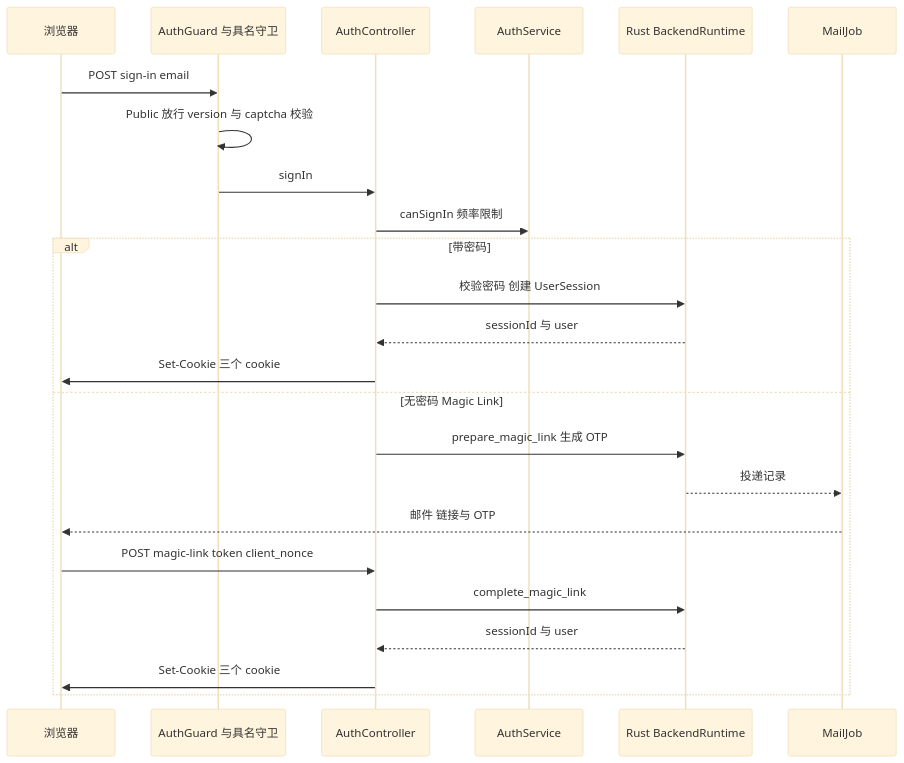
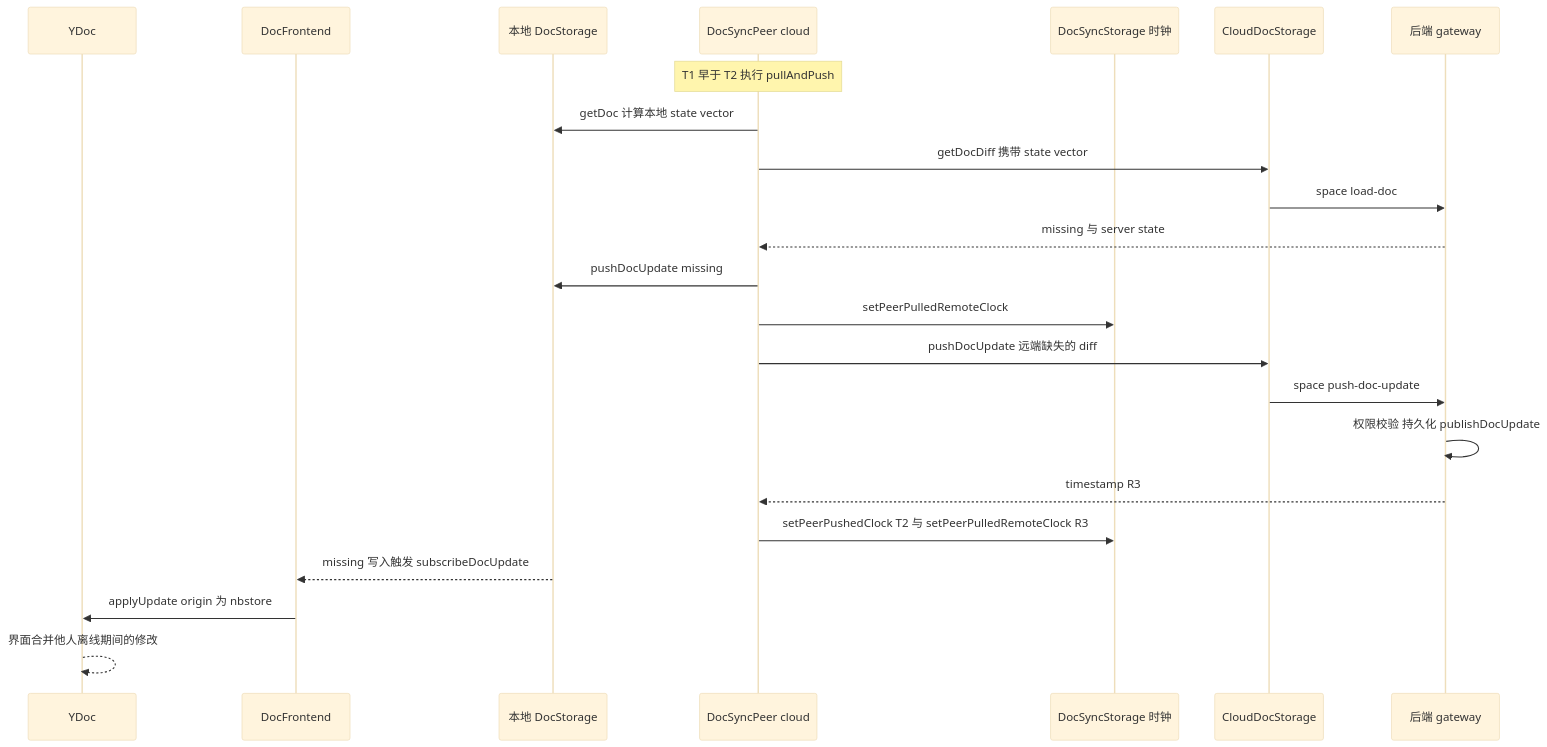
The seventh of 7 diagrams in learning-guide/slides/decks/23.md (lfire/AFFiNE), drawn with Mermaid (base theme) before and after one commit. The commit also changed other lines of this file and 73 other files, not shown here.

````diff
--- a/learning-guide/slides/decks/23.md
+++ b/learning-guide/slides/decks/23.md
@@ -301,26 +499,25 @@
 ```mermaid
 sequenceDiagram
-  participant U as 浏览器
-  participant G as AuthGuard 与具名守卫
-  participant C as AuthController
-  participant S as AuthService
-  participant R as Rust BackendRuntime
-  participant Mail as MailJob
-  U->>G: POST sign-in email
-  G->>G: Public 放行 version 与 captcha 校验
-  G->>C: signIn
-  C->>S: canSignIn 频率限制
-  alt 带密码
-    C->>R: 校验密码 创建 UserSession
-    R-->>C: sessionId 与 user
-    C->>U: Set-Cookie 三个 cookie
-  else 无密码 Magic Link
-    C->>R: prepare_magic_link 生成 OTP
-    R-->>Mail: 投递记录
-    Mail-->>U: 邮件 链接与 OTP
-    U->>C: POST magic-link token client_nonce
-    C->>R: complete_magic_link
-    R-->>C: sessionId 与 user
-    C->>U: Set-Cookie 三个 cookie
-  end
+  participant Y as YDoc
+  participant DF as DocFrontend
+  participant L as 本地 DocStorage
+  participant P as DocSyncPeer cloud
+  participant M as DocSyncStorage 时钟
+  participant C as CloudDocStorage
+  participant S as 后端 gateway
+  Note over P: T1 早于 T2 执行 pullAndPush
+  P->>L: getDoc 计算本地 state vector
+  P->>C: getDocDiff 携带 state vector
+  C->>S: space load-doc
+  S-->>P: missing 与 server state
+  P->>L: pushDocUpdate missing
+  P->>M: setPeerPulledRemoteClock
+  P->>C: pushDocUpdate 远端缺失的 diff
+  C->>S: space push-doc-update
+  S->>S: 权限校验 持久化 publishDocUpdate
+  S-->>P: timestamp R3
+  P->>M: setPeerPushedClock T2 与 setPeerPulledRemoteClock R3
+  L-->>DF: missing 写入触发 subscribeDocUpdate
+  DF->>Y: applyUpdate origin 为 nbstore
+  Y-->>Y: 界面合并他人离线期间的修改
 ```
````
